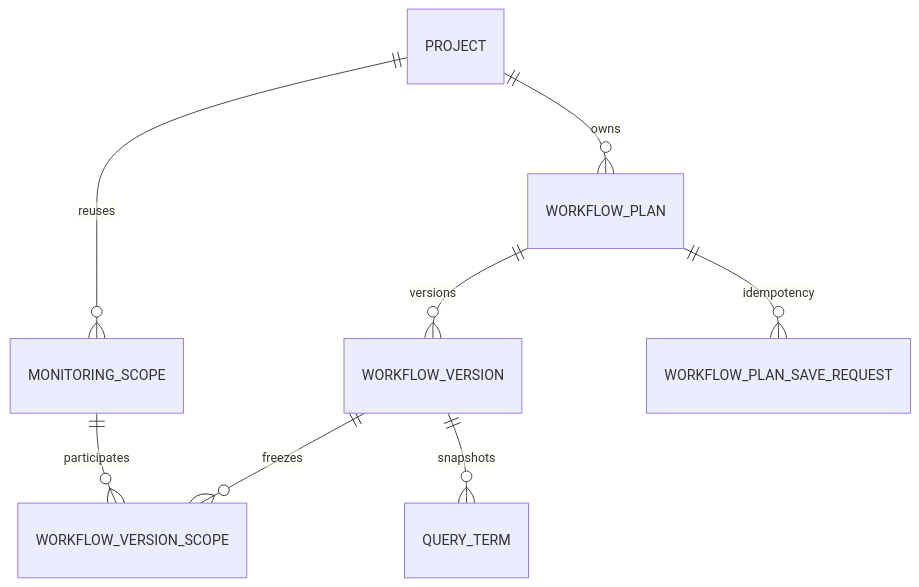
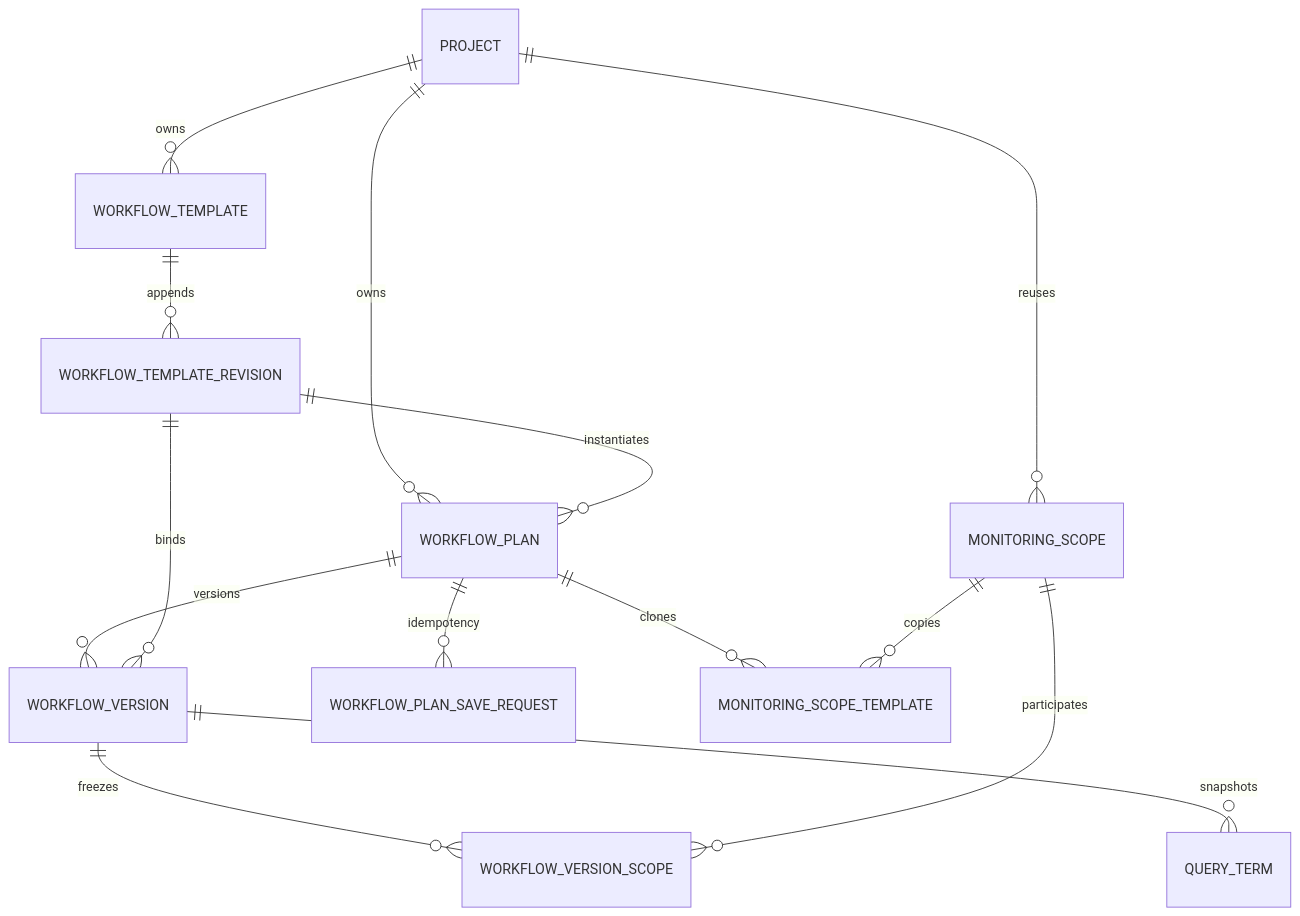
One commit to zjgulai/data_achieve changed the fifth of 5 diagrams in docs/architecture/architecture-data-intelligence-hub-stable.md. Above: the diagram before and after it, drawn with Mermaid. The commit also changed other lines of this file and 473 other files, not shown here.

````diff
--- a/docs/architecture/architecture-data-intelligence-hub-stable.md
+++ b/docs/architecture/architecture-data-intelligence-hub-stable.md
@@ -162,10 +162,16 @@
 ```mermaid
 erDiagram
   PROJECT ||--o{ MONITORING_SCOPE : reuses
   PROJECT ||--o{ WORKFLOW_PLAN : owns
   WORKFLOW_PLAN ||--o{ WORKFLOW_VERSION : versions
   WORKFLOW_VERSION ||--o{ WORKFLOW_VERSION_SCOPE : freezes
   MONITORING_SCOPE ||--o{ WORKFLOW_VERSION_SCOPE : participates
   WORKFLOW_VERSION ||--o{ QUERY_TERM : snapshots
   WORKFLOW_PLAN ||--o{ WORKFLOW_PLAN_SAVE_REQUEST : idempotency
+  WORKFLOW_PLAN ||--o{ MONITORING_SCOPE_TEMPLATE : clones
+  PROJECT ||--o{ WORKFLOW_TEMPLATE : owns
+  WORKFLOW_TEMPLATE ||--o{ WORKFLOW_TEMPLATE_REVISION : appends
+  WORKFLOW_TEMPLATE_REVISION ||--o{ WORKFLOW_PLAN : instantiates
+  WORKFLOW_TEMPLATE_REVISION ||--o{ WORKFLOW_VERSION : binds
+  MONITORING_SCOPE ||--o{ MONITORING_SCOPE_TEMPLATE : copies
 ```
````
